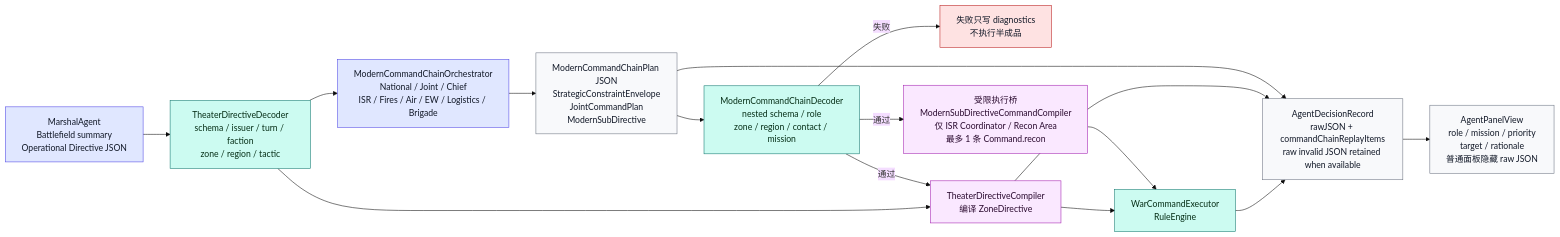
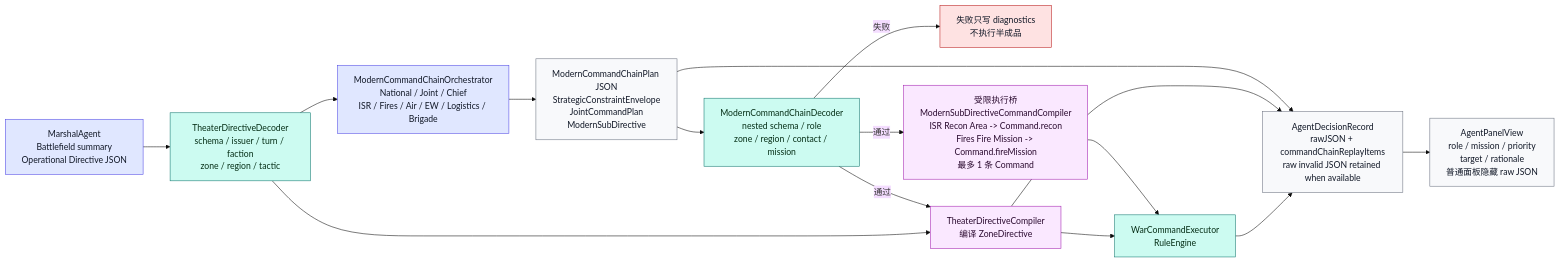
Before and after one commit to Altman-sam114/127: the eighth of 20 diagrams in md/flow/flowchart.md, drawn with Mermaid (base theme). The commit also changed other lines of this file and 8 other files, not shown here.

Commit message:
feat: bridge command-chain fires

````diff
--- a/md/flow/flowchart.md
+++ b/md/flow/flowchart.md
@@ -232,31 +232,31 @@
 ```mermaid
 flowchart LR
     MARSHAL["MarshalAgent<br/>Battlefield summary<br/>Operational Directive JSON"]:::agent
     TDEC["TheaterDirectiveDecoder<br/>schema / issuer / turn / faction<br/>zone / region / tactic"]:::rules
     ORCH["ModernCommandChainOrchestrator<br/>National / Joint / Chief<br/>ISR / Fires / Air / EW / Logistics / Brigade"]:::agent
     CJSON["ModernCommandChainPlan JSON<br/>StrategicConstraintEnvelope<br/>JointCommandPlan<br/>ModernSubDirective"]:::data
     CDEC["ModernCommandChainDecoder<br/>nested schema / role<br/>zone / region / contact / mission"]:::rules
     FAIL["失败只写 diagnostics<br/>不执行半成品"]:::stop
-    ISR["受限执行桥<br/>ModernSubDirectiveCommandCompiler<br/>仅 ISR Coordinator / Recon Area<br/>最多 1 条 Command.recon"]:::command
+    ISR["受限执行桥<br/>ModernSubDirectiveCommandCompiler<br/>ISR Recon Area -> Command.recon<br/>Fires Fire Mission -> Command.fireMission<br/>最多 1 条 Command"]:::command
     COMP["TheaterDirectiveCompiler<br/>编译 ZoneDirective"]:::command
     EXEC["WarCommandExecutor<br/>RuleEngine"]:::rules
     RECORD["AgentDecisionRecord<br/>rawJSON + commandChainReplayItems<br/>raw invalid JSON retained when available"]:::display
     PANEL["AgentPanelView<br/>role / mission / priority<br/>target / rationale<br/>普通面板隐藏 raw JSON"]:::display
 
     MARSHAL --> TDEC --> ORCH --> CJSON --> CDEC
     CDEC -->|通过| ISR --> EXEC
     CDEC -->|通过| COMP --> EXEC
     CDEC -->|失败| FAIL
     TDEC --> COMP
     CJSON --> RECORD
     COMP --> RECORD
     EXEC --> RECORD
     RECORD --> PANEL
 
     classDef agent fill:#e0e7ff,stroke:#4f46e5,color:#111827
     classDef data fill:#f8f9fb,stroke:#6b7280,color:#111827
     classDef rules fill:#ccfbf1,stroke:#0f766e,color:#052e16
     classDef command fill:#fae8ff,stroke:#a21caf,color:#2a0a2f
     classDef display fill:#f8f9fb,stroke:#6b7280,color:#111827
     classDef stop fill:#fee2e2,stroke:#b91c1c,color:#111827
 ```
````
